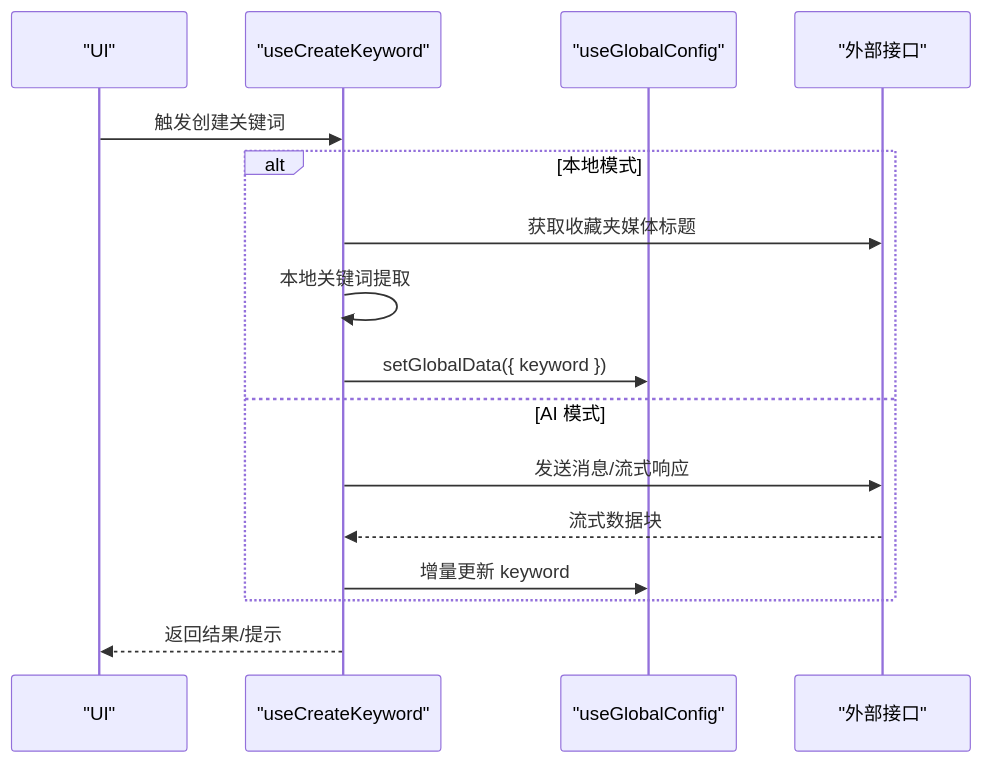
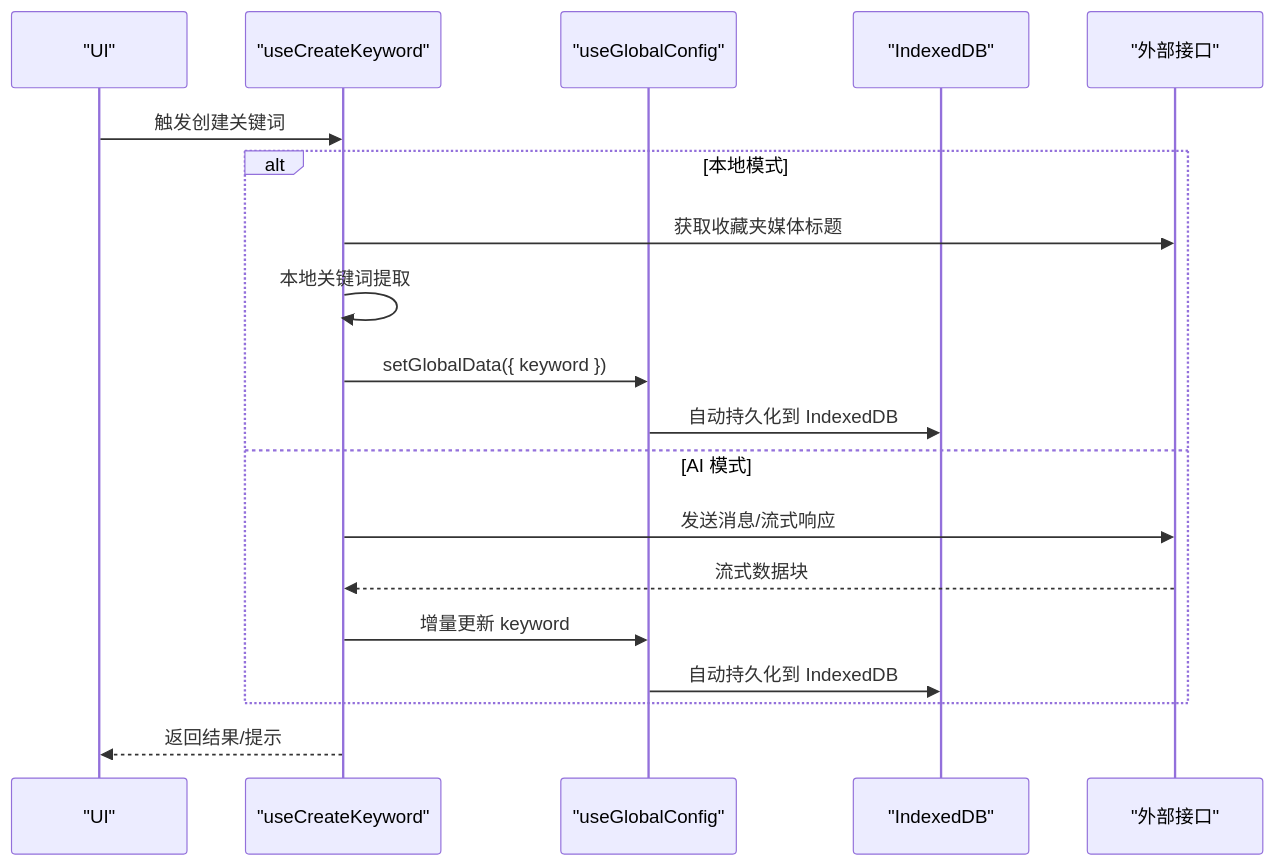
Before and after one commit to RadiumAg/bilibili-favorites: the sixth of 11 diagrams in .qoder/repowiki/zh/content/架构设计/状态管理设计.md, drawn with Mermaid. The commit also changed other lines of this file and 2 other files, not shown here.

````diff
--- a/.qoder/repowiki/zh/content/架构设计/状态管理设计.md
+++ b/.qoder/repowiki/zh/content/架构设计/状态管理设计.md
@@ -210,18 +263,21 @@
 ```mermaid
 sequenceDiagram
 participant UI as "UI"
 participant Hook as "useCreateKeyword"
 participant Store as "useGlobalConfig"
+participant IDB as "IndexedDB"
 participant API as "外部接口"
 UI->>Hook : 触发创建关键词
 alt 本地模式
 Hook->>API : 获取收藏夹媒体标题
 Hook->>Hook : 本地关键词提取
 Hook->>Store : setGlobalData({ keyword })
+Store->>IDB : 自动持久化到 IndexedDB
 else AI 模式
 Hook->>API : 发送消息/流式响应
 API-->>Hook : 流式数据块
 Hook->>Store : 增量更新 keyword
+Store->>IDB : 自动持久化到 IndexedDB
 end
 Hook-->>UI : 返回结果/提示
 ```
````
